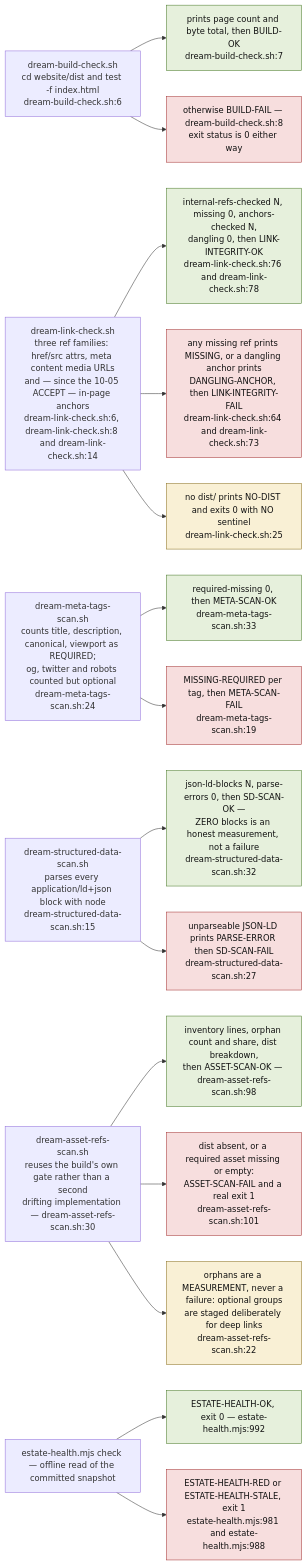
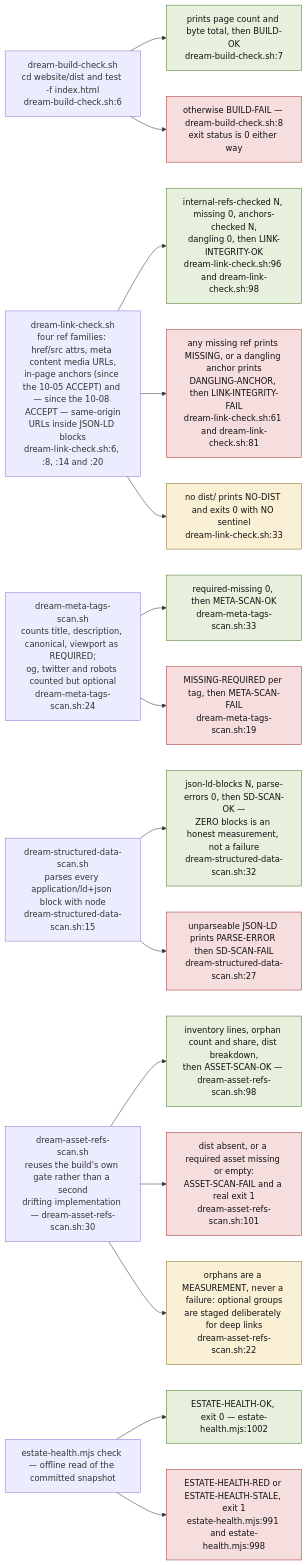
One commit to DreamLab-AI/VisionFlow changed the fourth of 9 diagrams in docs/diagrams/visionflow/04-dream-cycle-integration.md. Above: the diagram before and after it, drawn with Mermaid. The commit also changed other lines of this file and 80 other files, not shown here.

First line of the commit message:
docs(diagrams): re-verify the agentbox, dreamlab, estate and visionflow corpus against current sources

````diff
--- a/docs/diagrams/visionflow/04-dream-cycle-integration.md
+++ b/docs/diagrams/visionflow/04-dream-cycle-integration.md
@@ -122,32 +122,32 @@
 ```mermaid
 flowchart LR
     classDef pass fill:#e6f0dc,stroke:#4a7a2a,color:#111
     classDef fail fill:#f7dede,stroke:#a33333,color:#111
     classDef odd fill:#f9f0d5,stroke:#8a7020,color:#111
 
     E1["dream-build-check.sh<br/>cd website/dist and test -f index.html<br/>dream-build-check.sh:6"]
     E1 --> E1P["prints page count and byte total, then BUILD-OK<br/>dream-build-check.sh:7"]:::pass
     E1 --> E1F["otherwise BUILD-FAIL — dream-build-check.sh:8<br/>exit status is 0 either way"]:::fail
 
-    E2["dream-link-check.sh<br/>three ref families: href/src attrs, meta content media URLs<br/>and — since the 10-05 ACCEPT — in-page anchors<br/>dream-link-check.sh:6, dream-link-check.sh:8 and dream-link-check.sh:14"]
-    E2 --> E2P["internal-refs-checked N, missing 0, anchors-checked N,<br/>dangling 0, then LINK-INTEGRITY-OK<br/>dream-link-check.sh:76 and dream-link-check.sh:78"]:::pass
-    E2 --> E2F["any missing ref prints MISSING, or a dangling anchor prints<br/>DANGLING-ANCHOR, then LINK-INTEGRITY-FAIL<br/>dream-link-check.sh:64 and dream-link-check.sh:73"]:::fail
-    E2 --> E2X["no dist/ prints NO-DIST and exits 0 with NO sentinel<br/>dream-link-check.sh:25"]:::odd
+    E2["dream-link-check.sh<br/>four ref families: href/src attrs, meta content media URLs,<br/>in-page anchors (since the 10-05 ACCEPT) and — since the 10-08 ACCEPT — same-origin<br/>URLs inside JSON-LD blocks<br/>dream-link-check.sh:6, :8, :14 and :20"]
+    E2 --> E2P["internal-refs-checked N, missing 0, anchors-checked N,<br/>dangling 0, then LINK-INTEGRITY-OK<br/>dream-link-check.sh:96 and dream-link-check.sh:98"]:::pass
+    E2 --> E2F["any missing ref prints MISSING, or a dangling anchor prints<br/>DANGLING-ANCHOR, then LINK-INTEGRITY-FAIL<br/>dream-link-check.sh:61 and dream-link-check.sh:81"]:::fail
+    E2 --> E2X["no dist/ prints NO-DIST and exits 0 with NO sentinel<br/>dream-link-check.sh:33"]:::odd
 
     E3["dream-meta-tags-scan.sh<br/>counts title, description, canonical, viewport as REQUIRED;<br/>og, twitter and robots counted but optional<br/>dream-meta-tags-scan.sh:24"]
     E3 --> E3P["required-missing 0, then META-SCAN-OK<br/>dream-meta-tags-scan.sh:33"]:::pass
     E3 --> E3F["MISSING-REQUIRED per tag, then META-SCAN-FAIL<br/>dream-meta-tags-scan.sh:19"]:::fail
 
     E4["dream-structured-data-scan.sh<br/>parses every application/ld+json block with node<br/>dream-structured-data-scan.sh:15"]
     E4 --> E4P["json-ld-blocks N, parse-errors 0, then SD-SCAN-OK —<br/>ZERO blocks is an honest measurement, not a failure<br/>dream-structured-data-scan.sh:32"]:::pass
     E4 --> E4F["unparseable JSON-LD prints PARSE-ERROR then SD-SCAN-FAIL<br/>dream-structured-data-scan.sh:27"]:::fail
 
     E5["dream-asset-refs-scan.sh<br/>reuses the build's own gate rather than a second<br/>drifting implementation — dream-asset-refs-scan.sh:30"]
     E5 --> E5P["inventory lines, orphan count and share, dist breakdown,<br/>then ASSET-SCAN-OK — dream-asset-refs-scan.sh:98"]:::pass
     E5 --> E5F["dist absent, or a required asset missing or empty:<br/>ASSET-SCAN-FAIL and a real exit 1<br/>dream-asset-refs-scan.sh:101"]:::fail
     E5 --> E5X["orphans are a MEASUREMENT, never a failure: optional groups<br/>are staged deliberately for deep links<br/>dream-asset-refs-scan.sh:22"]:::odd
 
     E6["estate-health.mjs check — offline read of the committed snapshot"]
-    E6 --> E6P["ESTATE-HEALTH-OK, exit 0 — estate-health.mjs:992"]:::pass
-    E6 --> E6F["ESTATE-HEALTH-RED or ESTATE-HEALTH-STALE, exit 1<br/>estate-health.mjs:981 and estate-health.mjs:988"]:::fail
+    E6 --> E6P["ESTATE-HEALTH-OK, exit 0 — estate-health.mjs:1002"]:::pass
+    E6 --> E6F["ESTATE-HEALTH-RED or ESTATE-HEALTH-STALE, exit 1<br/>estate-health.mjs:991 and estate-health.mjs:998"]:::fail
 ```
````
